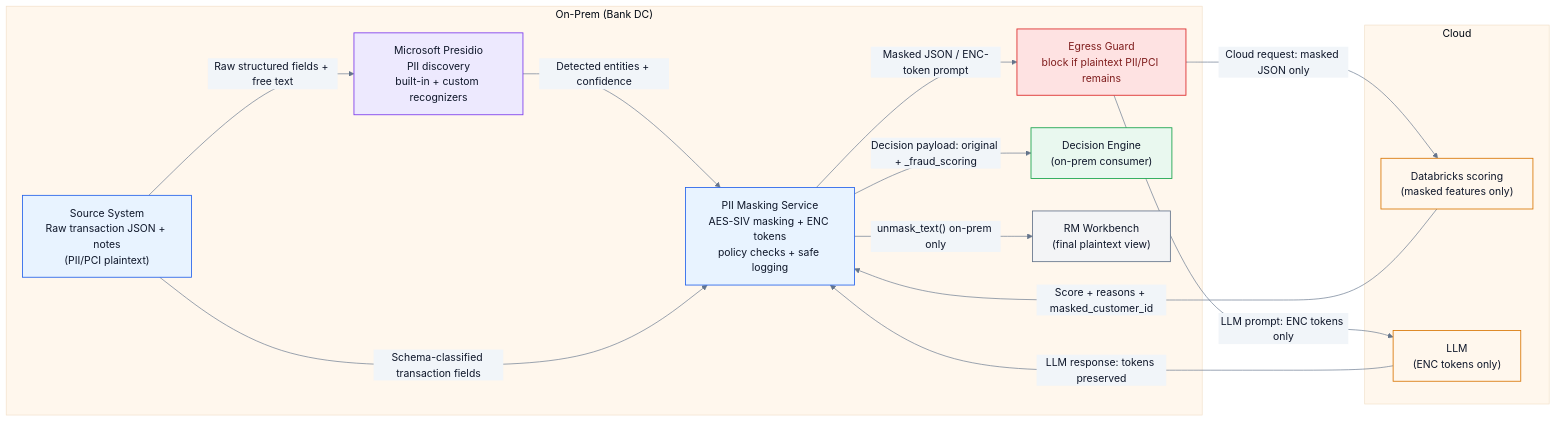
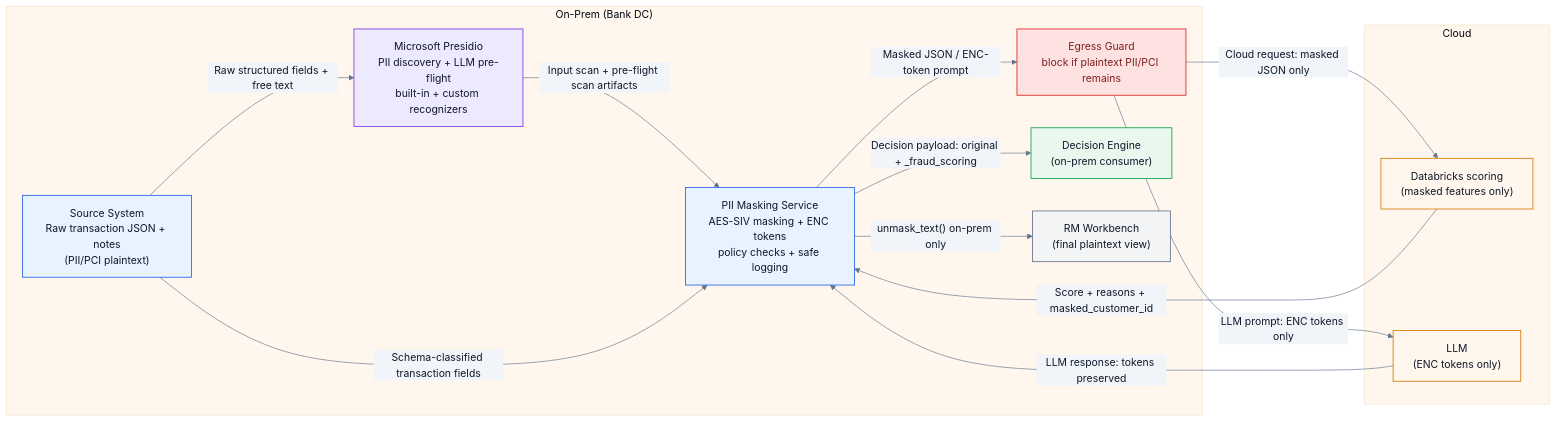
The first of 2 diagrams in sequence.md (kkirko/PII-Masking-Service), drawn with Mermaid before and after one commit. The commit also changed other lines of this file and 9 other files, not shown here.

Commit message:
Integrate Presidio into demo flow and docs

````diff
--- a/sequence.md
+++ b/sequence.md
@@ -7,37 +7,37 @@
 ```mermaid
 %%{init: {"theme":"base","themeVariables":{"fontFamily":"ui-sans-serif, system-ui, -apple-system, Segoe UI, Roboto, Arial","primaryTextColor":"#0f172a","lineColor":"#64748b","noteBkgColor":"#f8fafc","noteTextColor":"#0f172a","primaryColor":"#ffffff","secondaryColor":"#f1f5f9","tertiaryColor":"#fff7ed"}}}%%
 flowchart LR
   classDef onprem fill:#e8f3ff,stroke:#2563eb,stroke-width:1.3px,color:#0f172a;
   classDef detect fill:#ede9fe,stroke:#7c3aed,stroke-width:1.3px,color:#0f172a;
   classDef cloud fill:#fff7ed,stroke:#d97706,stroke-width:1.3px,color:#0f172a;
   classDef consumer fill:#e9f8ef,stroke:#16a34a,stroke-width:1.3px,color:#0f172a;
   classDef rm fill:#f3f4f6,stroke:#64748b,stroke-width:1.3px,color:#0f172a;
   classDef block fill:#fee2e2,stroke:#dc2626,stroke-width:1.3px,color:#7f1d1d;
 
   subgraph OnPrem["On-Prem (Bank DC)"]
     Source["Source System<br/>Raw transaction JSON + notes<br/>(PII/PCI plaintext)"]:::onprem
-    Presidio["Microsoft Presidio<br/>PII discovery<br/>built-in + custom recognizers"]:::detect
+    Presidio["Microsoft Presidio<br/>PII discovery + LLM pre-flight<br/>built-in + custom recognizers"]:::detect
     Svc["PII Masking Service<br/>AES-SIV masking + ENC tokens<br/>policy checks + safe logging"]:::onprem
     Guard["Egress Guard<br/>block if plaintext PII/PCI remains"]:::block
     DE["Decision Engine<br/>(on-prem consumer)"]:::consumer
     RM["RM Workbench<br/>(final plaintext view)"]:::rm
   end
 
   subgraph Cloud["Cloud"]
     DBX["Databricks scoring<br/>(masked features only)"]:::cloud
     LLM["LLM<br/>(ENC tokens only)"]:::cloud
   end
 
   Source -->|"Raw structured fields + free text"| Presidio
-  Presidio -->|"Detected entities + confidence"| Svc
+  Presidio -->|"Input scan + pre-flight scan artifacts"| Svc
   Source -->|"Schema-classified transaction fields"| Svc
   Svc -->|"Masked JSON / ENC-token prompt"| Guard
   Guard -->|"Cloud request: masked JSON only"| DBX
   DBX -->|"Score + reasons + masked_customer_id"| Svc
 
   Svc -->|"Decision payload: original + _fraud_scoring"| DE
 
   Guard -->|"LLM prompt: ENC tokens only"| LLM
   LLM -->|"LLM response: tokens preserved"| Svc
   Svc -->|"unmask_text() on-prem only"| RM
 ```
````
